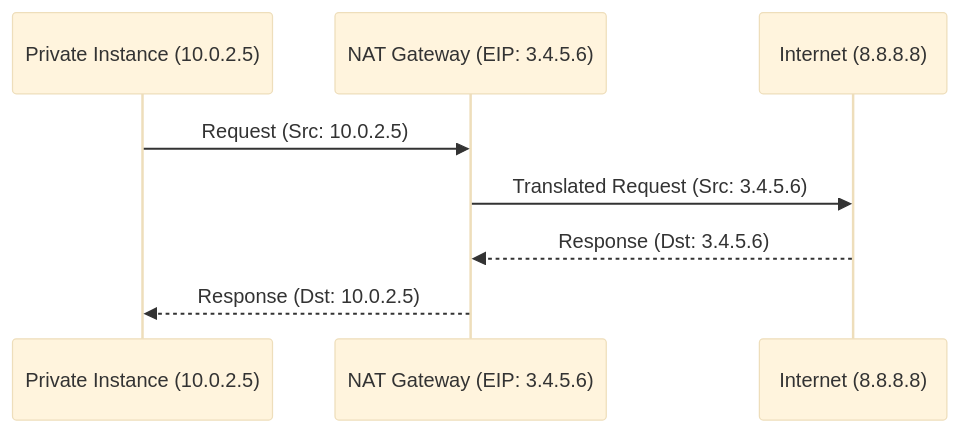
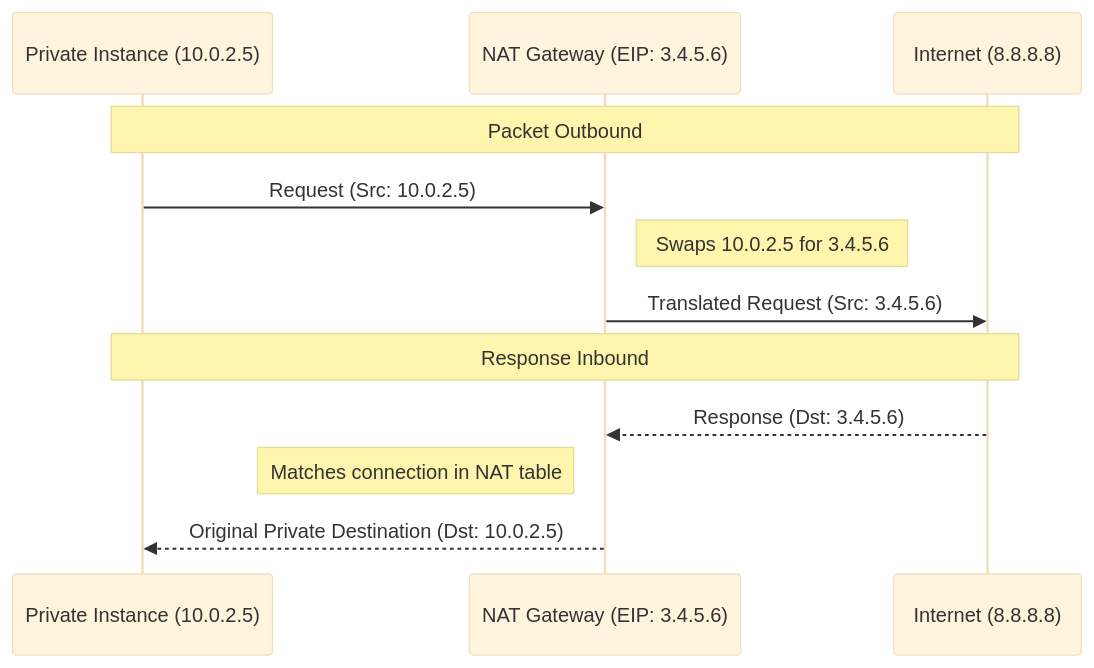
Before and after one commit to Ganil151/Devops: the diagram in 2-Intermediate/01-Phase-1/01-Networking/03-Internet-and-NAT-Gateways/02-NAT-Gateway-Deep-Dive/README.md, drawn with Mermaid (base theme). The commit also changed other lines of this file and 51 other files, not shown here.

````diff
--- a/2-Intermediate/01-Phase-1/01-Networking/03-Internet-and-NAT-Gateways/02-NAT-Gateway-Deep-Dive/README.md
+++ b/2-Intermediate/01-Phase-1/01-Networking/03-Internet-and-NAT-Gateways/02-NAT-Gateway-Deep-Dive/README.md
@@ -14,11 +5,16 @@
 ```mermaid
 sequenceDiagram
     participant P as Private Instance (10.0.2.5)
     participant N as NAT Gateway (EIP: 3.4.5.6)
     participant I as Internet (8.8.8.8)
 
-P->>N: Request (Src: 10.0.2.5)
+    Note over P, I: Packet Outbound
+    P->>N: Request (Src: 10.0.2.5)
+    Note right of N: Swaps 10.0.2.5 for 3.4.5.6
     N->>I: Translated Request (Src: 3.4.5.6)
+
+    Note over I, P: Response Inbound
     I-->>N: Response (Dst: 3.4.5.6)
-    N-->>P: Response (Dst: 10.0.2.5)
+    Note left of N: Matches connection in NAT table
+    N-->>P: Original Private Destination (Dst: 10.0.2.5)
 ```
````
